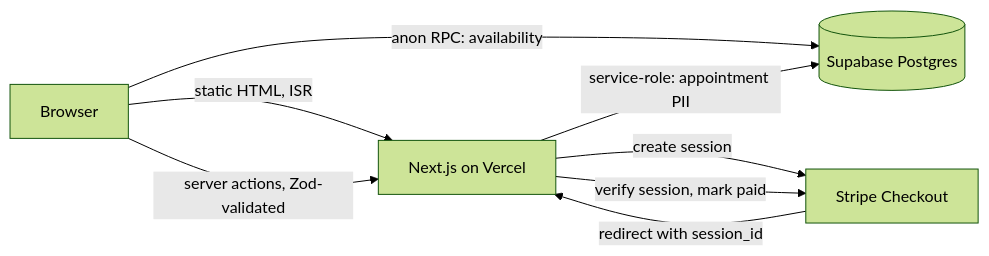
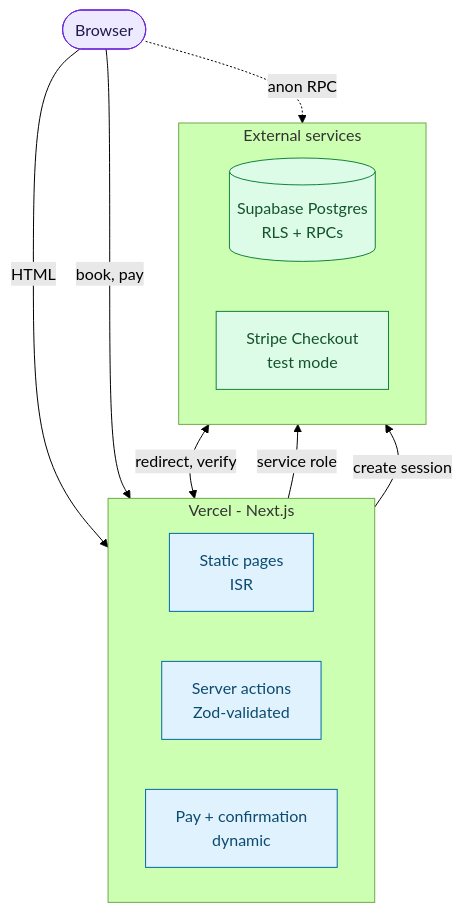
The diagram in README.md (StanislavMakhnytskyi/justhairs), drawn with Mermaid (forest theme) before and after one commit. The commit also changed other lines of this file, not shown here.

Commit message:
Redraw README architecture diagram so it lays out cleanly

````diff
--- a/README.md
+++ b/README.md
@@ -22,10 +22,31 @@
 ```mermaid
-flowchart LR
-  B[Browser] -->|static HTML, ISR| N[Next.js on Vercel]
-  B -->|server actions, Zod-validated| N
-  B -->|anon RPC: availability| S[(Supabase Postgres)]
-  N -->|service-role: appointment PII| S
-  N -->|create session| P[Stripe Checkout]
-  P -->|redirect with session_id| N
-  N -->|verify session, mark paid| P
+flowchart TB
+  B([Browser])
+
+  subgraph V[Vercel - Next.js]
+    direction LR
+    P[Static pages<br/>ISR]
+    A[Server actions<br/>Zod-validated]
+    C[Pay + confirmation<br/>dynamic]
+  end
+
+  subgraph X[External services]
+    direction LR
+    D[(Supabase Postgres<br/>RLS + RPCs)]
+    S[Stripe Checkout<br/>test mode]
+  end
+
+  B -->|HTML| P
+  B -->|book, pay| A
+  B -.->|anon RPC| D
+  A -->|service role| D
+  A -->|create session| S
+  S <-->|redirect, verify| C
+
+  classDef client fill:#ede9fe,stroke:#6d28d9,color:#1e1b4b
+  classDef app fill:#e0f2fe,stroke:#0369a1,color:#0c4a6e
+  classDef ext fill:#dcfce7,stroke:#15803d,color:#14532d
+  class B client
+  class P,A,C app
+  class D,S ext
 ```
````
